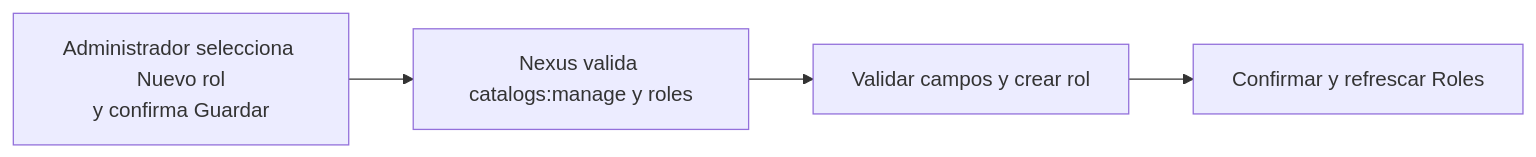
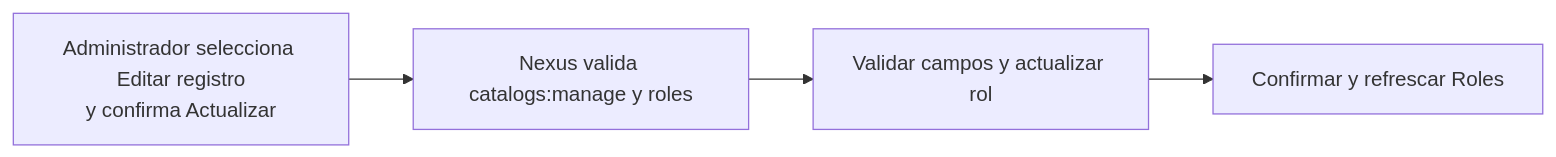
One commit to gpgsistemas01/nexus changed the diagram in docs/requirements/diagrams/catalogs/cu-cat-14.md. Above: the diagram before and after it, drawn with Mermaid. The commit also changed other lines of this file and 167 other files, not shown here.

````diff
--- a/docs/requirements/diagrams/catalogs/cu-cat-14.md
+++ b/docs/requirements/diagrams/catalogs/cu-cat-14.md
@@ -3,6 +3,6 @@
 ```mermaid
 flowchart LR
-    request["Administrador selecciona Nuevo rol<br/>y confirma Guardar"] --> authorize["Nexus valida catalogs:manage y roles"]
-    authorize --> persist["Validar campos y crear rol"]
+    request["Administrador selecciona Editar registro<br/>y confirma Actualizar"] --> authorize["Nexus valida catalogs:manage y roles"]
+    authorize --> persist["Validar campos y actualizar rol"]
     persist --> result["Confirmar y refrescar Roles"]
 ```
````
